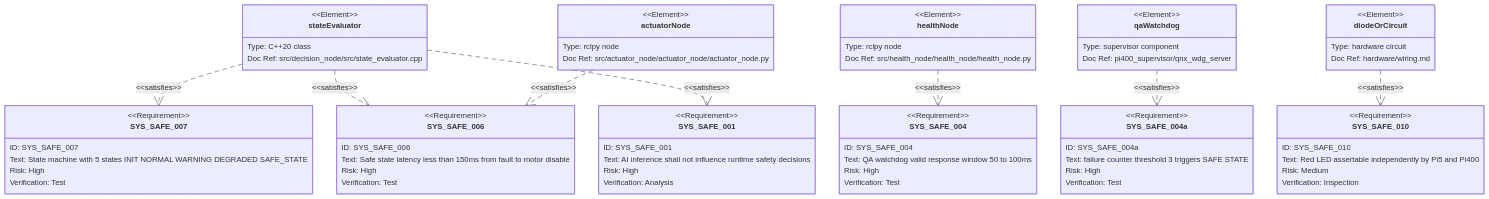
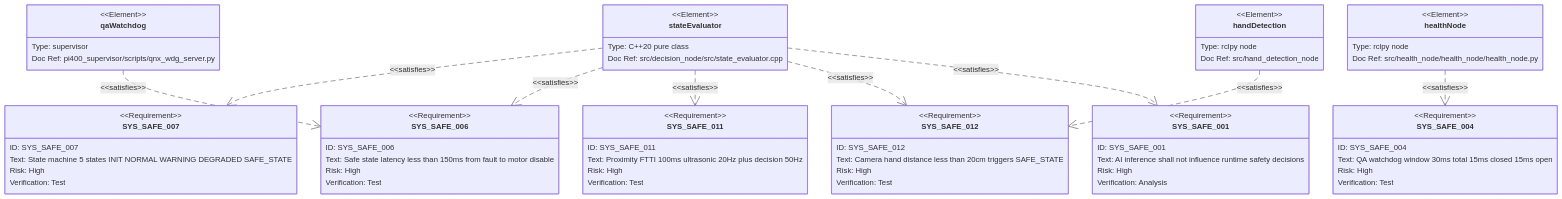
Before and after one commit to tipou82/safety-supervised-edge-ai-demo: the fifth of 11 diagrams in docs/sysml/architecture_diagrams.md, drawn with Mermaid. The commit also changed other lines of this file, not shown here.

First line of the commit message:
docs: update all 11 Mermaid diagrams to reflect final system (M0-M8)

````diff
--- a/docs/sysml/architecture_diagrams.md
+++ b/docs/sysml/architecture_diagrams.md
@@ -278,78 +283,74 @@
 ```mermaid
 requirementDiagram
 
     requirement SYS_SAFE_007 {
         id: SYS_SAFE_007
-        text: State machine with 5 states INIT NORMAL WARNING DEGRADED SAFE_STATE
+        text: State machine 5 states INIT NORMAL WARNING DEGRADED SAFE_STATE
         risk: High
         verifymethod: Test
     }
 
     requirement SYS_SAFE_004 {
         id: SYS_SAFE_004
-        text: QA watchdog valid response window 50 to 100ms
-        risk: High
-        verifymethod: Test
-    }
-
-    requirement SYS_SAFE_004a {
-        id: SYS_SAFE_004a
-        text: failure counter threshold 3 triggers SAFE STATE
+        text: QA watchdog window 30ms total 15ms closed 15ms open
         risk: High
         verifymethod: Test
     }
 
     requirement SYS_SAFE_006 {
         id: SYS_SAFE_006
         text: Safe state latency less than 150ms from fault to motor disable
         risk: High
         verifymethod: Test
     }
 
-    requirement SYS_SAFE_010 {
-        id: SYS_SAFE_010
-        text: Red LED assertable independently by Pi5 and Pi400
-        risk: Medium
-        verifymethod: Inspection
+    requirement SYS_SAFE_011 {
+        id: SYS_SAFE_011
+        text: Proximity FTTI 100ms ultrasonic 20Hz plus decision 50Hz
+        risk: High
+        verifymethod: Test
+    }
+
+    requirement SYS_SAFE_012 {
+        id: SYS_SAFE_012
+        text: Camera hand distance less than 20cm triggers SAFE_STATE
+        risk: High
+        verifymethod: Test
     }
 
     requirement SYS_SAFE_001 {
         id: SYS_SAFE_001
         text: AI inference shall not influence runtime safety decisions
         risk: High
         verifymethod: Analysis
     }
 
     element stateEvaluator {
-        type: C++20 class
+        type: C++20 pure class
         docref: src/decision_node/src/state_evaluator.cpp
     }
 
     element healthNode {
         type: rclpy node
         docref: src/health_node/health_node/health_node.py
     }
 
-    element actuatorNode {
-        type: rclpy node
-        docref: src/actuator_node/actuator_node/actuator_node.py
+    element qaWatchdog {
+        type: supervisor
+        docref: pi400_supervisor/scripts/qnx_wdg_server.py
     }
 
-    element qaWatchdog {
-        type: supervisor component
-        docref: pi400_supervisor/qnx_wdg_server
-    }
-
-    element diodeOrCircuit {
-        type: hardware circuit
-        docref: hardware/wiring.md
+    element handDetection {
+        type: rclpy node
+        docref: src/hand_detection_node
     }
 
     stateEvaluator - satisfies -> SYS_SAFE_007
     stateEvaluator - satisfies -> SYS_SAFE_006
+    stateEvaluator - satisfies -> SYS_SAFE_011
+    stateEvaluator - satisfies -> SYS_SAFE_012
     stateEvaluator - satisfies -> SYS_SAFE_001
     healthNode - satisfies -> SYS_SAFE_004
-    qaWatchdog - satisfies -> SYS_SAFE_004a
-    actuatorNode - satisfies -> SYS_SAFE_006
-    diodeOrCircuit - satisfies -> SYS_SAFE_010
+    qaWatchdog - satisfies -> SYS_SAFE_006
+    handDetection - satisfies -> SYS_SAFE_012
 ```
````
